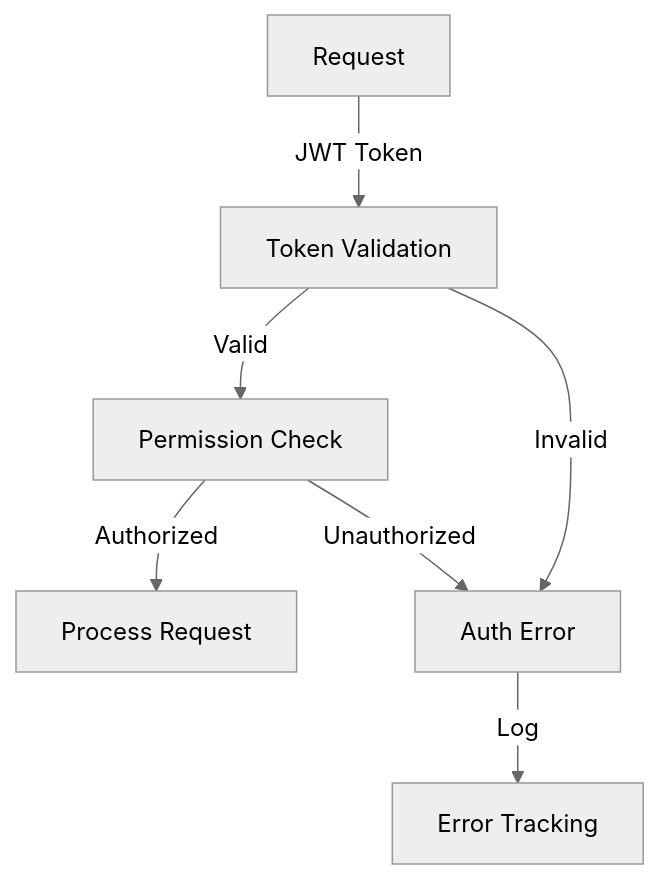
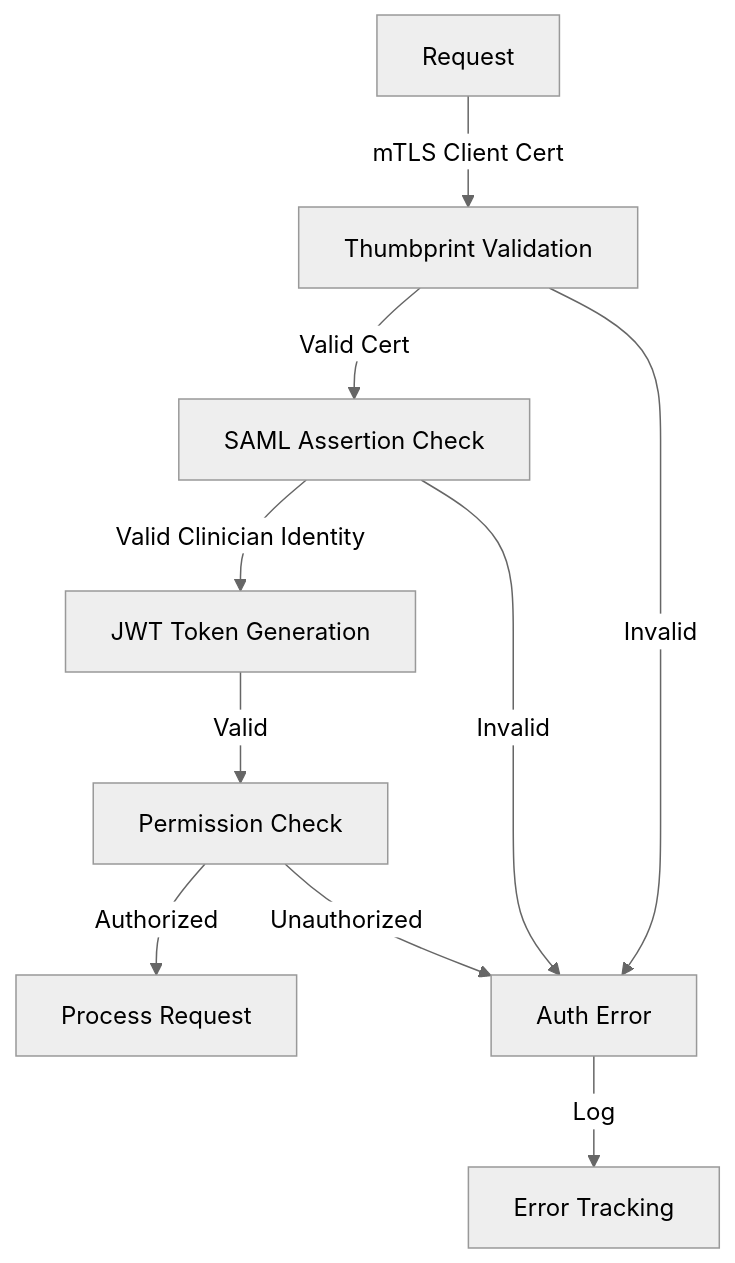
The eighth of 10 diagrams in docs/data_flow.md (UCLH-Digital-Innovation-Hub/Xhuma), drawn with Mermaid (neutral theme) before and after one commit. The commit also changed other lines of this file and 3 other files, not shown here.

Commit message:
docs: technical documentation refresh for ITI-55, mTLS, SAML, and Epic branding

````diff
--- a/docs/data_flow.md
+++ b/docs/data_flow.md
@@ -156,9 +157,12 @@
 ```mermaid
 flowchart TD
-    A[Request] -->|JWT Token| B[Token Validation]
-    B -->|Valid| C[Permission Check]
-    C -->|Authorized| D[Process Request]
-    B -->|Invalid| E[Auth Error]
-    C -->|Unauthorized| E
-    E -->|Log| F[Error Tracking]
+    A[Request] -->|mTLS Client Cert| B[Thumbprint Validation]
+    B -->|Valid Cert| C[SAML Assertion Check]
+    C -->|Valid Clinician Identity| D[JWT Token Generation]
+    D -->|Valid| E[Permission Check]
+    E -->|Authorized| F[Process Request]
+    B -->|Invalid| G[Auth Error]
+    C -->|Invalid| G
+    E -->|Unauthorized| G
+    G -->|Log| H[Error Tracking]
 ```
````
